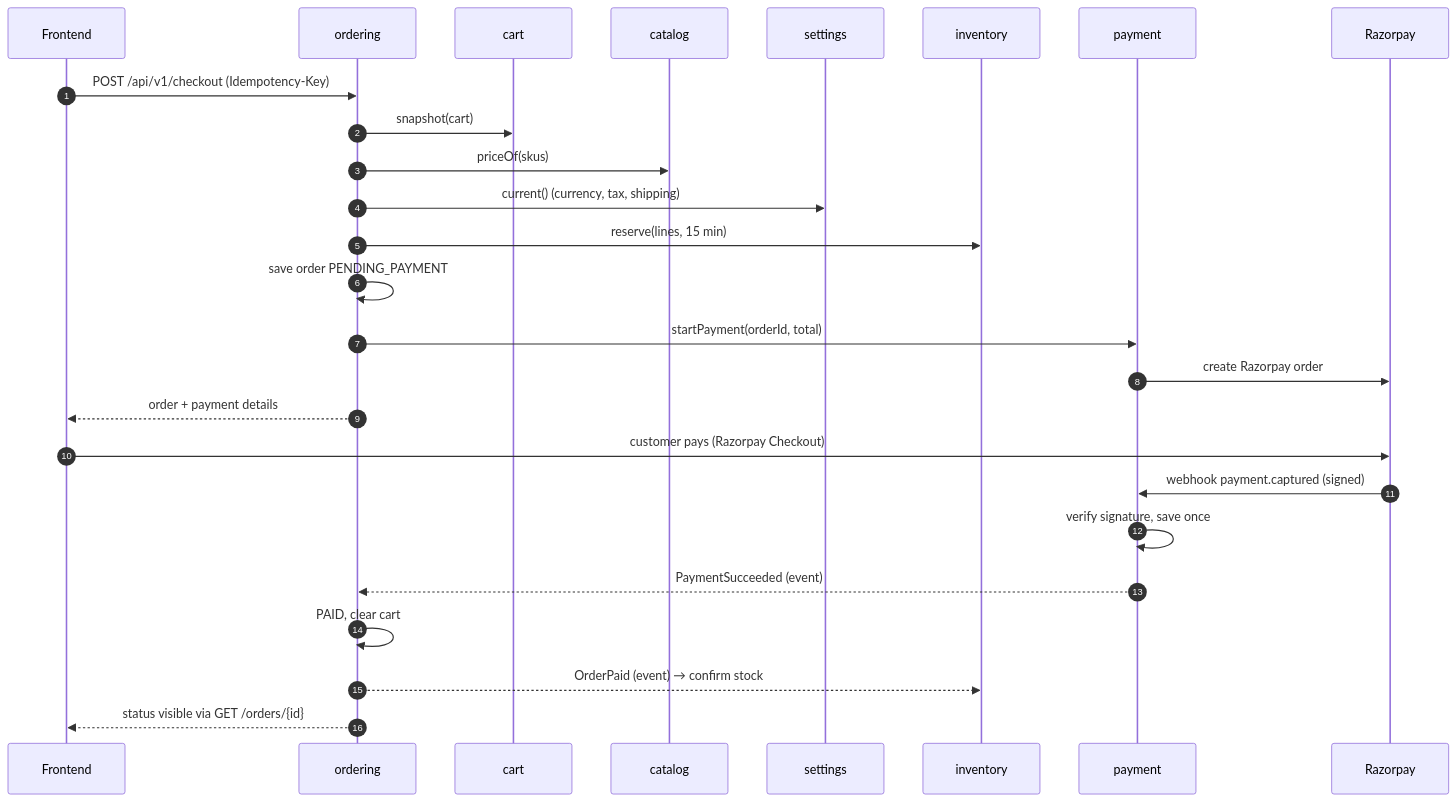
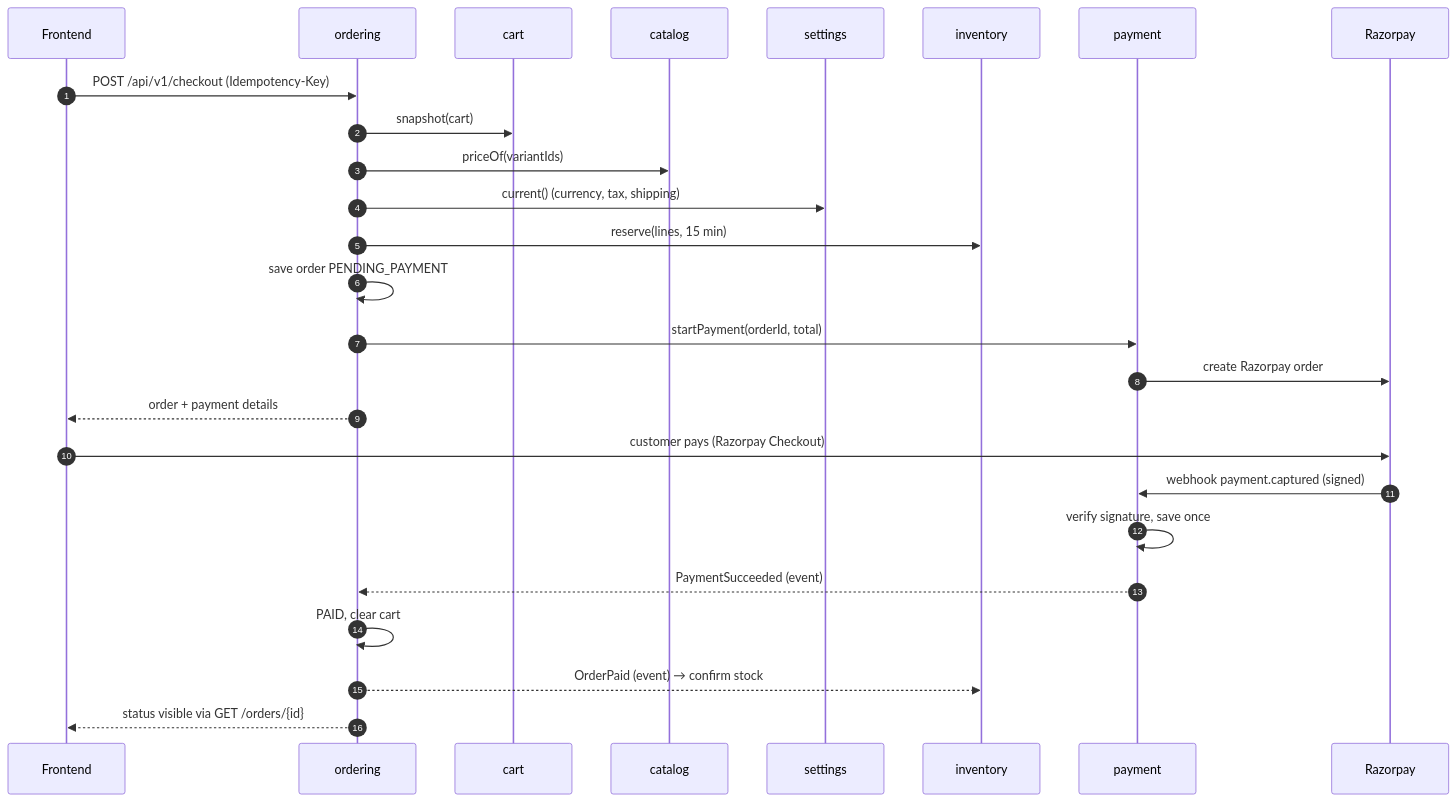
One commit to k9unit-lab/kmirco-modulith-backend changed the third of 3 diagrams in docs/design/backend-design.md. Above: the diagram before and after it, drawn with Mermaid. The commit also changed other lines of this file and 2 other files, not shown here.

First line of the commit message:
docs(design): use variantId instead of SKU for cross module references

````diff
--- a/docs/design/backend-design.md
+++ b/docs/design/backend-design.md
@@ -403,28 +403,28 @@
 ```mermaid
 sequenceDiagram
   autonumber
   participant FE as Frontend
   participant O as ordering
   participant C as cart
   participant CA as catalog
   participant S as settings
   participant I as inventory
   participant P as payment
   participant RZ as Razorpay
   FE->>O: POST /api/v1/checkout (Idempotency-Key)
   O->>C: snapshot(cart)
-  O->>CA: priceOf(skus)
+  O->>CA: priceOf(variantIds)
   O->>S: current() (currency, tax, shipping)
   O->>I: reserve(lines, 15 min)
   O->>O: save order PENDING_PAYMENT
   O->>P: startPayment(orderId, total)
   P->>RZ: create Razorpay order
   O-->>FE: order + payment details
   FE->>RZ: customer pays (Razorpay Checkout)
   RZ->>P: webhook payment.captured (signed)
   P->>P: verify signature, save once
   P-->>O: PaymentSucceeded (event)
   O->>O: PAID, clear cart
   O-->>I: OrderPaid (event) → confirm stock
   O-->>FE: status visible via GET /orders/{id}
 ```
````
